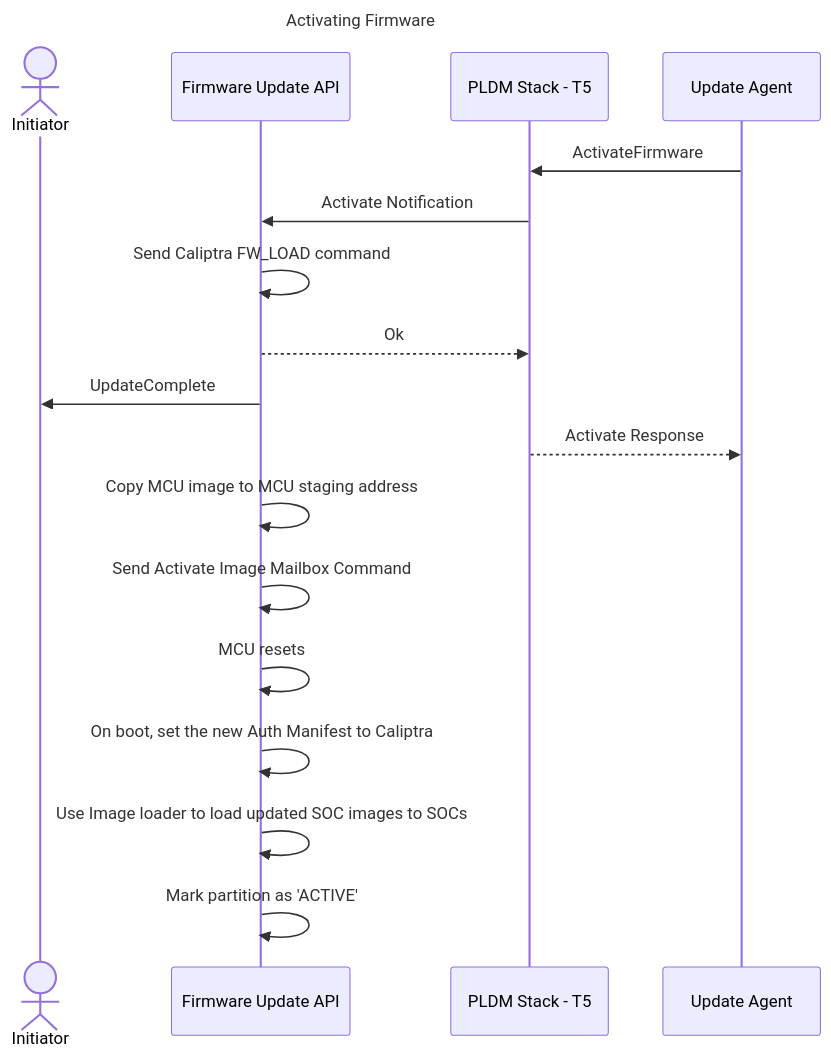
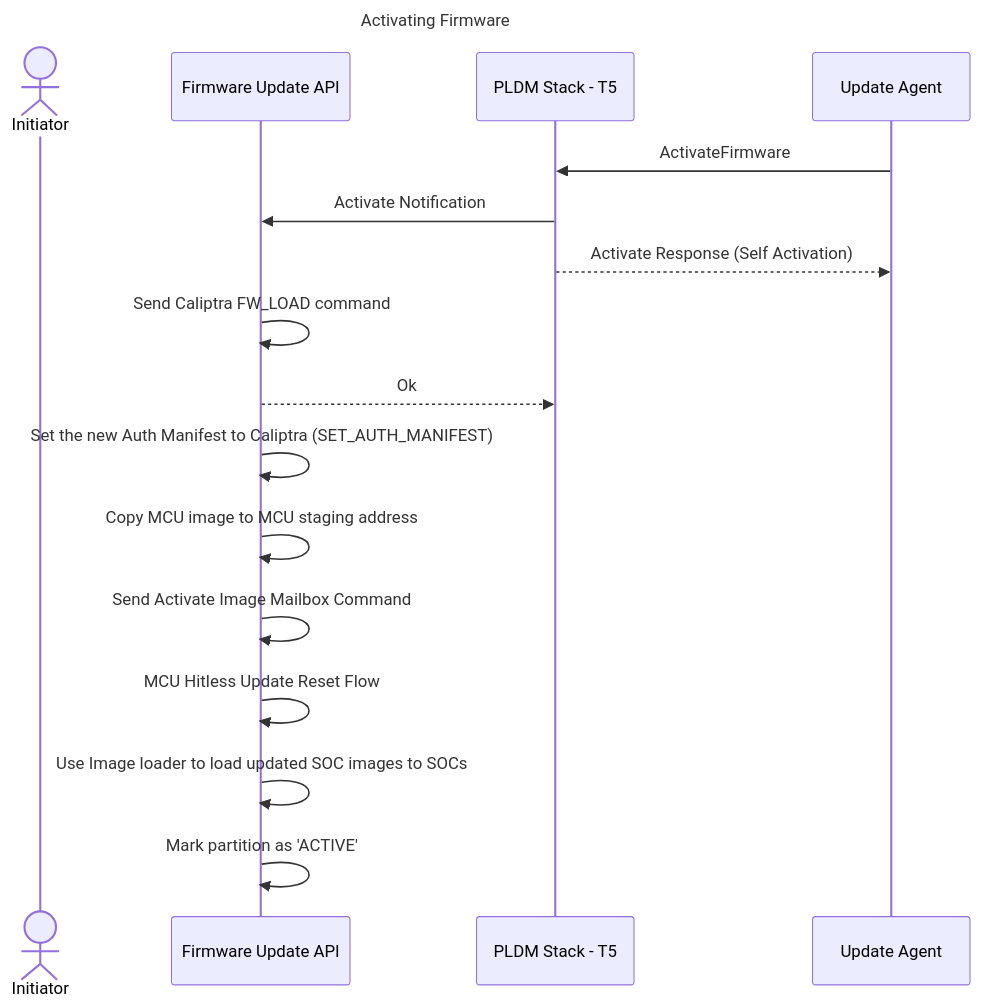
One commit to chipsalliance/caliptra-mcu-sw changed the ninth of 10 diagrams in docs/src/firmware_update.md. Above: the diagram before and after it, drawn with Mermaid. The commit also changed other lines of this file, not shown here.

First line of the commit message:
docs: Add MCU hitless update reset flow sequence diagram

````diff
--- a/docs/src/firmware_update.md
+++ b/docs/src/firmware_update.md
@@ -172,22 +174,22 @@
 ```mermaid
 sequenceDiagram
     title Activating Firmware
 
     actor App as Initiator
     participant API as Firmware Update API
     participant Firmware as PLDM Stack - T5
     participant PLDM as Update Agent
 
     PLDM->>Firmware: ActivateFirmware
     Firmware->>API: Activate Notification
+    Firmware-->>PLDM: Activate Response (Self Activation)
     API->>API: Send Caliptra FW_LOAD command
     API-->>Firmware: Ok
-    API->>App: UpdateComplete
-    Firmware-->>PLDM: Activate Response
+
+    API->>API: Set the new Auth Manifest to Caliptra  (SET_AUTH_MANIFEST)  
     API->>API: Copy MCU image to MCU staging address
     API->>API: Send Activate Image Mailbox Command
-    API->>API: MCU resets
-    API->>API: On boot, set the new Auth Manifest to Caliptra
+    API->>API: MCU Hitless Update Reset Flow
     API->>API: Use Image loader to load updated SOC images to SOCs
     API->>API: Mark partition as 'ACTIVE'
 ```
````
